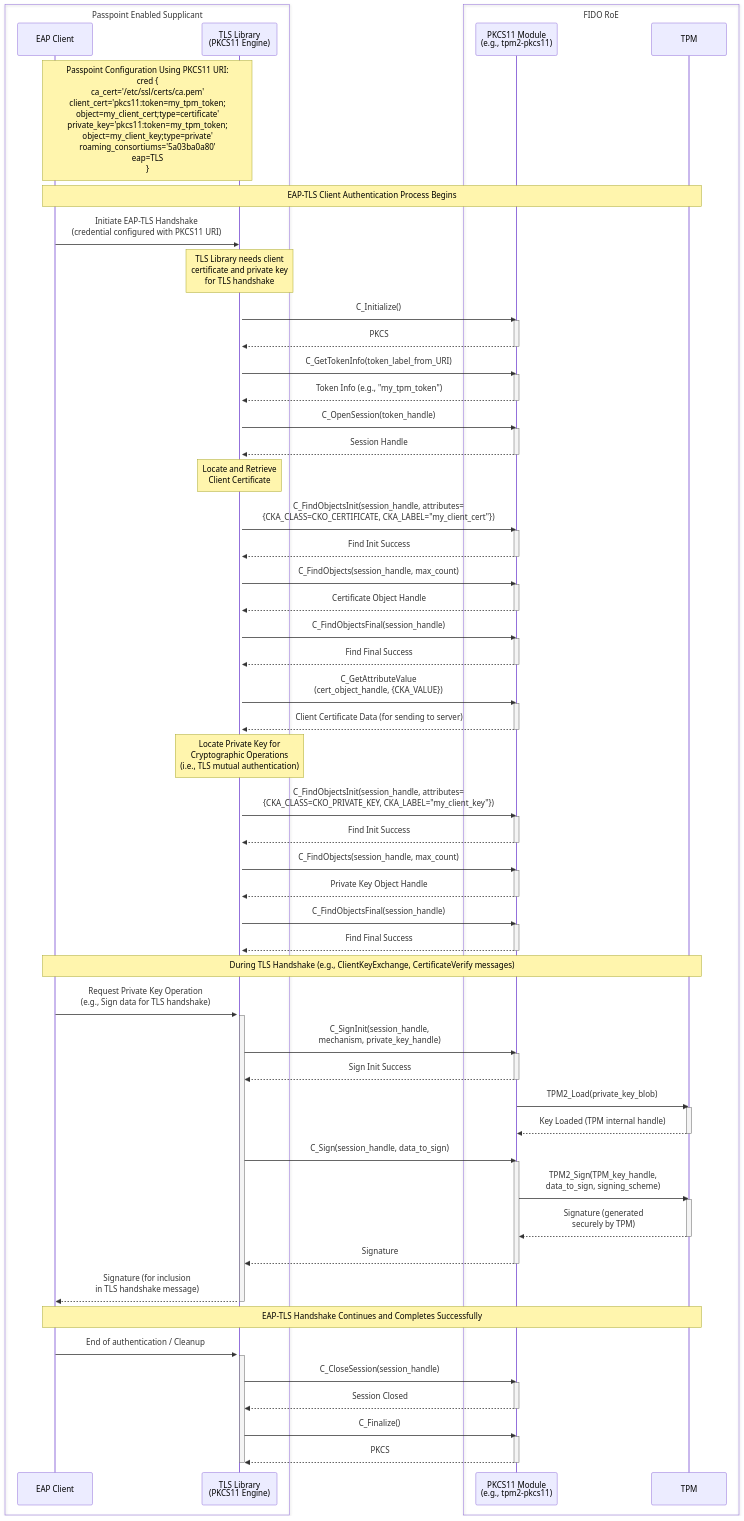
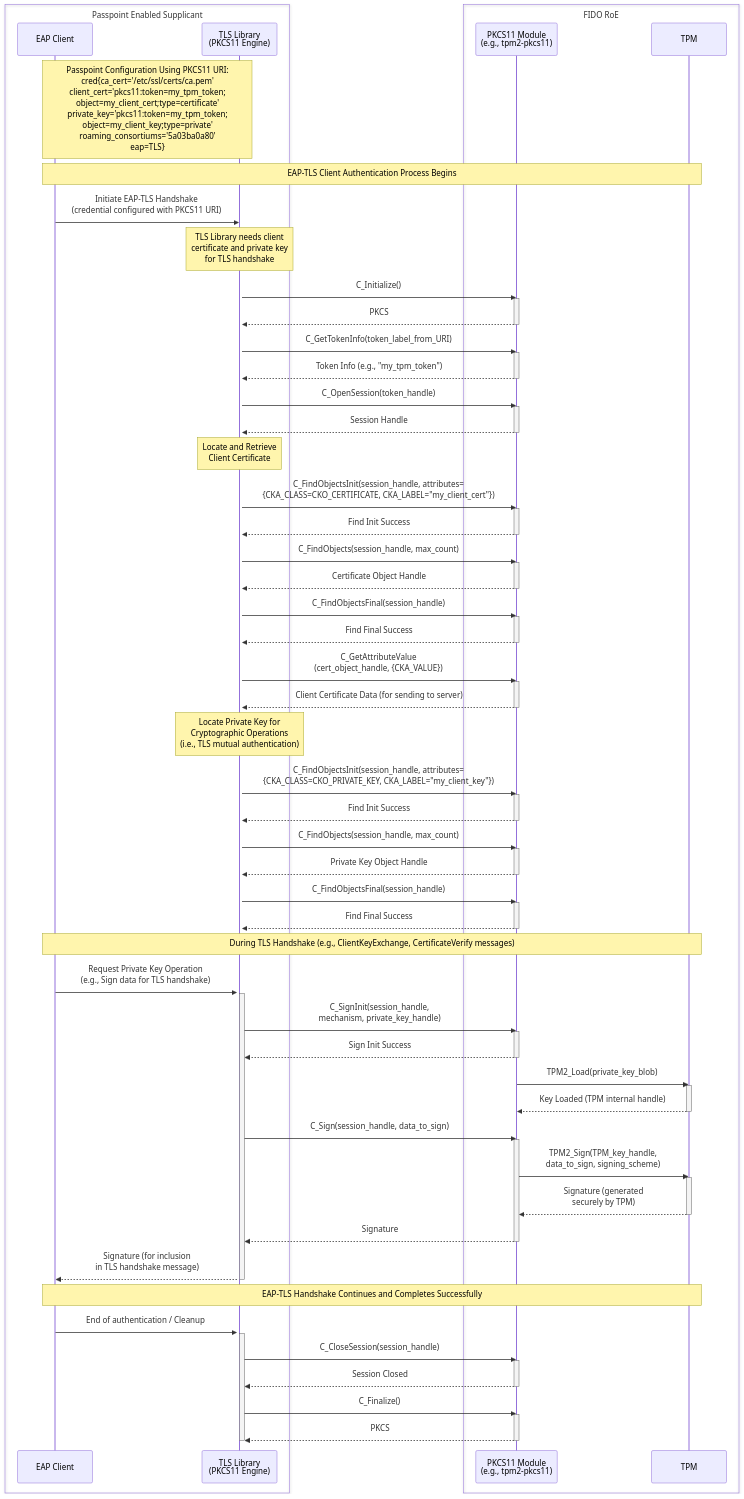
The third of 3 diagrams in WORKFLOWS.md (wireless-broadband-alliance/WBA-FIDO-Collaboration), drawn with Mermaid before and after one commit.

Commit message:
added Passpoint configuration

```diff
--- a/WORKFLOWS.md
+++ b/WORKFLOWS.md
@@ -129,7 +129,7 @@
        participant T as TPM
     end
 
-    Note over W,O: Passpoint Configuration Using PKCS11 URI:<br/>cred {<br/>ca_cert='/etc/ssl/certs/ca.pem'<br/>client_cert='pkcs11:token=my_tpm_token#59;<br/>object=my_client_cert#59;type=certificate'<br/>private_key='pkcs11:token=my_tpm_token#59;<br/>object=my_client_key#59;type=private'<br/>roaming_consortiums='5a03ba0a80'<br/>eap=TLS<br/>}
+    Note over W,O: Passpoint Configuration Using PKCS11 URI:<br/>cred{ca_cert='/etc/ssl/certs/ca.pem'<br/>client_cert='pkcs11:token=my_tpm_token#59;<br/>object=my_client_cert#59;type=certificate'<br/>private_key='pkcs11:token=my_tpm_token#59;<br/>object=my_client_key#59;type=private'<br/>roaming_consortiums='5a03ba0a80'<br/>eap=TLS}
 
     Note over W,T: EAP-TLS Client Authentication Process Begins
 
```
